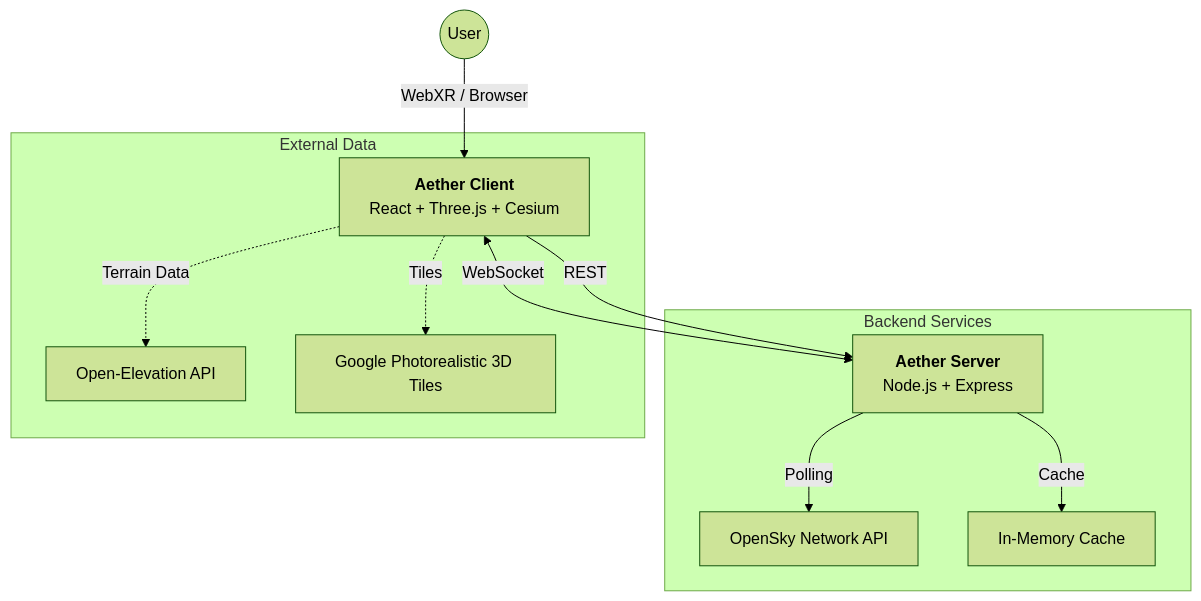
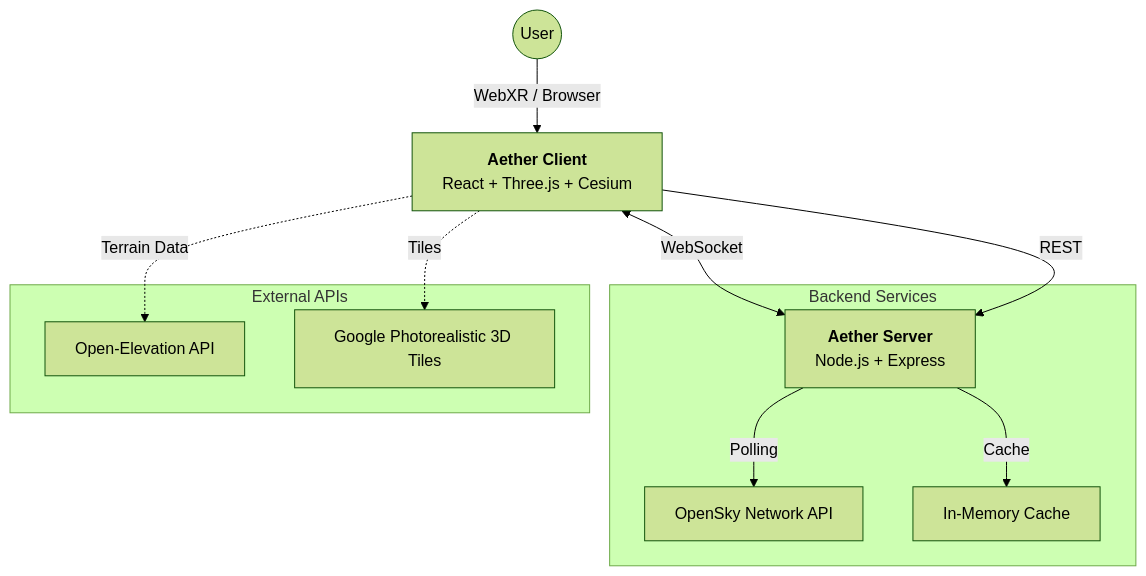
The diagram in README.md (Splestule/Aether), drawn with Mermaid (forest theme) before and after one commit. The commit also changed other lines of this file and 6 other files, not shown here.

````diff
--- a/README.md
+++ b/README.md
@@ -37,16 +42,19 @@
 ```mermaid
 graph TD
     User((User)) -->|WebXR / Browser| Client[<b>Aether Client</b><br/>React + Three.js + Cesium]
     Client <-->|WebSocket| Server[<b>Aether Server</b><br/>Node.js + Express]
     Client -->|REST| Server
     
     subgraph Backend Services
     Server -->|Polling| OpenSky[OpenSky Network API]
     Server -->|Cache| InMem[In-Memory Cache]
     end
     
-    subgraph External Data
-    Client -.->|Terrain Data| Elevation[Open-Elevation API]
-    Client -.->|Tiles| Google3D[Google Photorealistic 3D Tiles]
+    subgraph External APIs
+    Elevation[Open-Elevation API]
+    Google3D[Google Photorealistic 3D Tiles]
     end
+    
+    Client -.->|Terrain Data| Elevation
+    Client -.->|Tiles| Google3D
 ```
````
